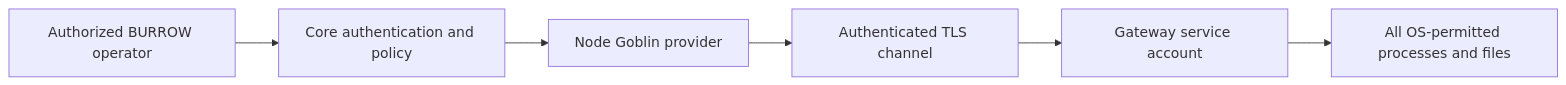
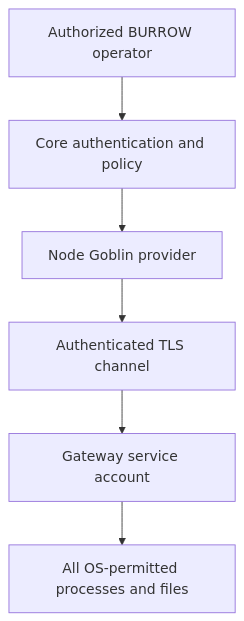
Before and after one commit to NightShaman/Node-Goblin: the diagram in docs/security.md, drawn with Mermaid. The commit also changed other lines of this file and 15 other files, not shown here.

Commit message:
docs: preserve diagram readability and table navigation on mobile

````diff
--- a/docs/security.md
+++ b/docs/security.md
@@ -7,8 +9,8 @@
 ```mermaid
-flowchart LR
+flowchart TB
   USER[Authorized BURROW operator] --> CORE[Core authentication and policy]
   CORE --> MOD[Node Goblin provider]
   MOD --> CHANNEL[Authenticated TLS channel]
   CHANNEL --> HOST[Gateway service account]
   HOST --> DATA[All OS-permitted processes and files]
 ```
````
